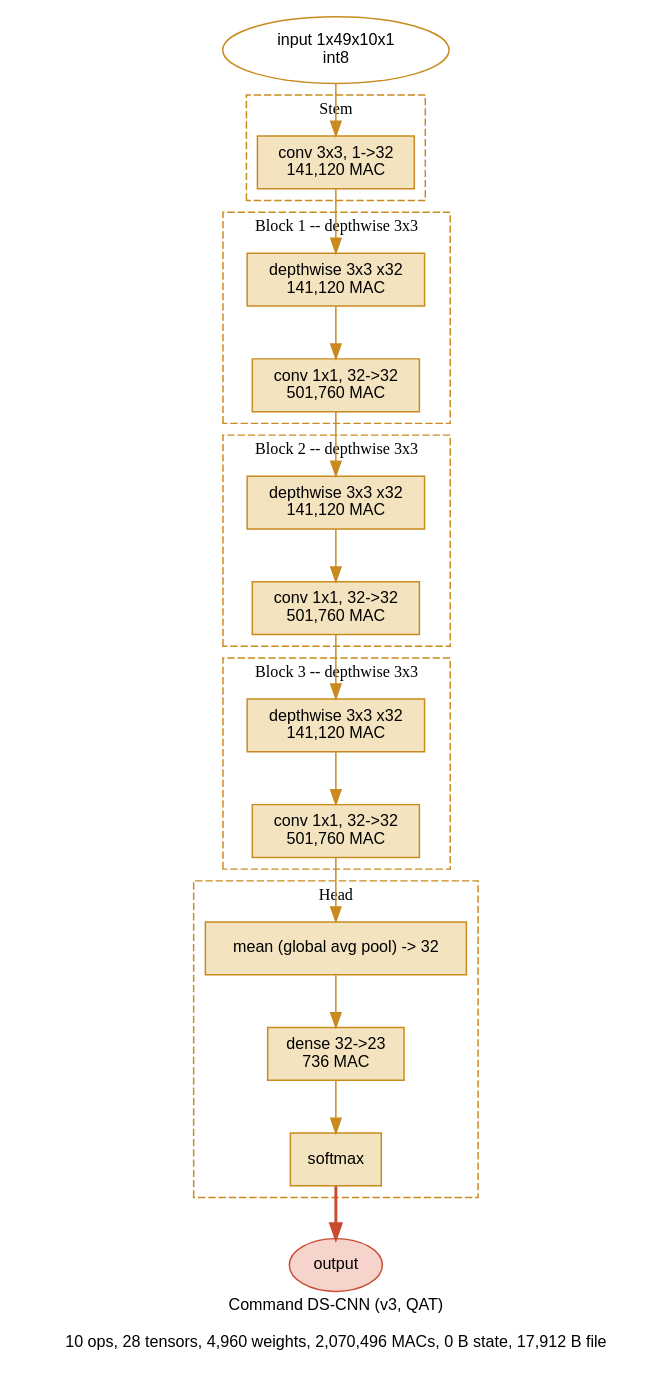
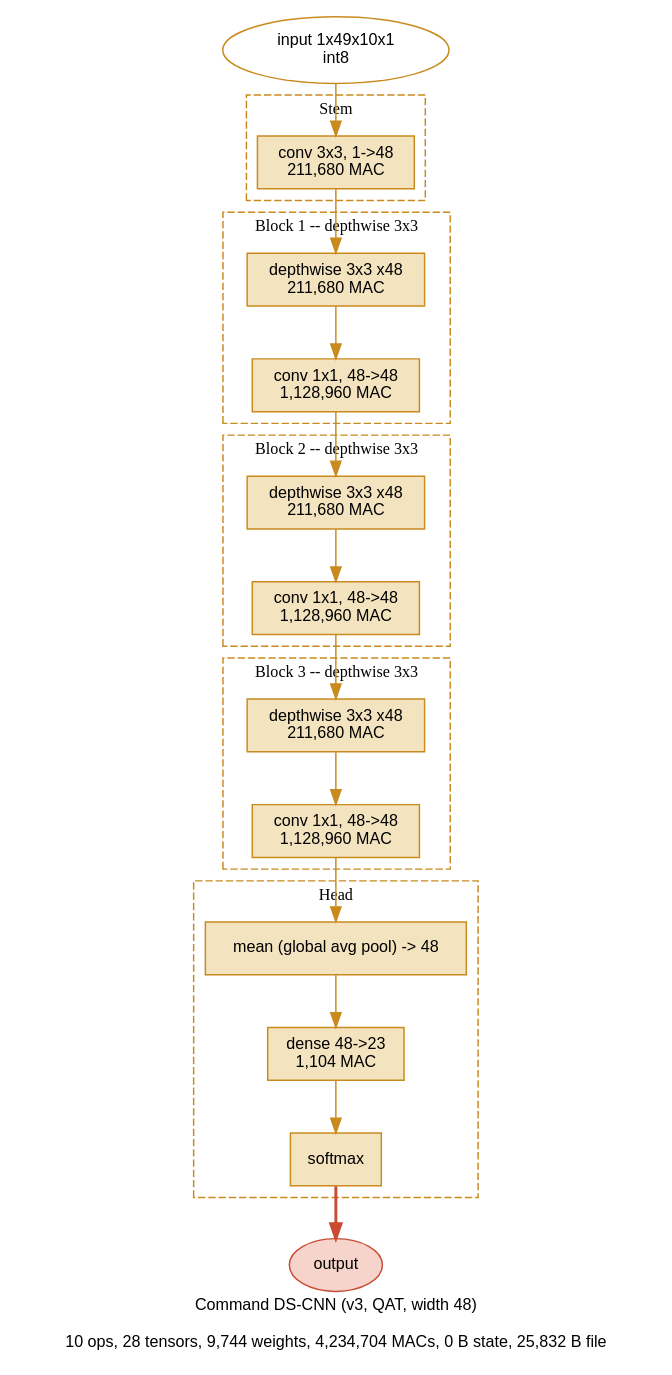
One commit to ckeller42/kws-de changed the diagram in docs/sphinx/_generated/command.dot. Above: the diagram before and after it, drawn with Graphviz. The commit also changed 6 other files, not shown here.

```diff
--- a/docs/sphinx/_generated/command.dot
+++ b/docs/sphinx/_generated/command.dot
@@ -1,44 +1,44 @@
 digraph model {
   rankdir=TB;
   node [shape=box, style=filled, fillcolor="#F3E3BF", color="#C98A1E", fontname="Helvetica", fontsize=11];
   edge [fontname="Helvetica", fontsize=9];
   IN [label="input 1x49x10x1\nint8", shape=oval, style=filled, fillcolor=white, color="#C98A1E"];
   OUT [label="output", shape=oval, style=filled, fillcolor="#F6D3CB", color="#C94B32"];
   subgraph cluster_0 {
     label="Stem"; style=dashed; color="#C98A1E"; fontsize=11;
-    op0 [label="conv 3x3, 1->32\n141,120 MAC"];
+    op0 [label="conv 3x3, 1->48\n211,680 MAC"];
   }
   subgraph cluster_1 {
     label="Block 1 -- depthwise 3x3"; style=dashed; color="#C98A1E"; fontsize=11;
-    op1 [label="depthwise 3x3 x32\n141,120 MAC"];
-    op2 [label="conv 1x1, 32->32\n501,760 MAC"];
+    op1 [label="depthwise 3x3 x48\n211,680 MAC"];
+    op2 [label="conv 1x1, 48->48\n1,128,960 MAC"];
   }
   subgraph cluster_2 {
     label="Block 2 -- depthwise 3x3"; style=dashed; color="#C98A1E"; fontsize=11;
-    op3 [label="depthwise 3x3 x32\n141,120 MAC"];
-    op4 [label="conv 1x1, 32->32\n501,760 MAC"];
+    op3 [label="depthwise 3x3 x48\n211,680 MAC"];
+    op4 [label="conv 1x1, 48->48\n1,128,960 MAC"];
   }
   subgraph cluster_3 {
     label="Block 3 -- depthwise 3x3"; style=dashed; color="#C98A1E"; fontsize=11;
-    op5 [label="depthwise 3x3 x32\n141,120 MAC"];
-    op6 [label="conv 1x1, 32->32\n501,760 MAC"];
+    op5 [label="depthwise 3x3 x48\n211,680 MAC"];
+    op6 [label="conv 1x1, 48->48\n1,128,960 MAC"];
   }
   subgraph cluster_4 {
     label="Head"; style=dashed; color="#C98A1E"; fontsize=11;
-    op7 [label="mean (global avg pool) -> 32"];
-    op8 [label="dense 32->23\n736 MAC"];
+    op7 [label="mean (global avg pool) -> 48"];
+    op8 [label="dense 48->23\n1,104 MAC"];
     op9 [label="softmax"];
   }
   IN -> op0 [color="#C98A1E"];
   op0 -> op1 [color="#C98A1E"];
   op1 -> op2 [color="#C98A1E"];
   op2 -> op3 [color="#C98A1E"];
   op3 -> op4 [color="#C98A1E"];
   op4 -> op5 [color="#C98A1E"];
   op5 -> op6 [color="#C98A1E"];
   op6 -> op7 [color="#C98A1E"];
   op7 -> op8 [color="#C98A1E"];
   op8 -> op9 [color="#C98A1E"];
   op9 -> OUT [color="#C94B32", penwidth=2];
-  labelloc="b"; fontsize=11; fontname="Helvetica"; label="Command DS-CNN (v3, QAT)\n\n10 ops, 28 tensors, 4,960 weights, 2,070,496 MACs, 0 B state, 17,912 B file";
+  labelloc="b"; fontsize=11; fontname="Helvetica"; label="Command DS-CNN (v3, QAT, width 48)\n\n10 ops, 28 tensors, 9,744 weights, 4,234,704 MACs, 0 B state, 25,832 B file";
 }
```
